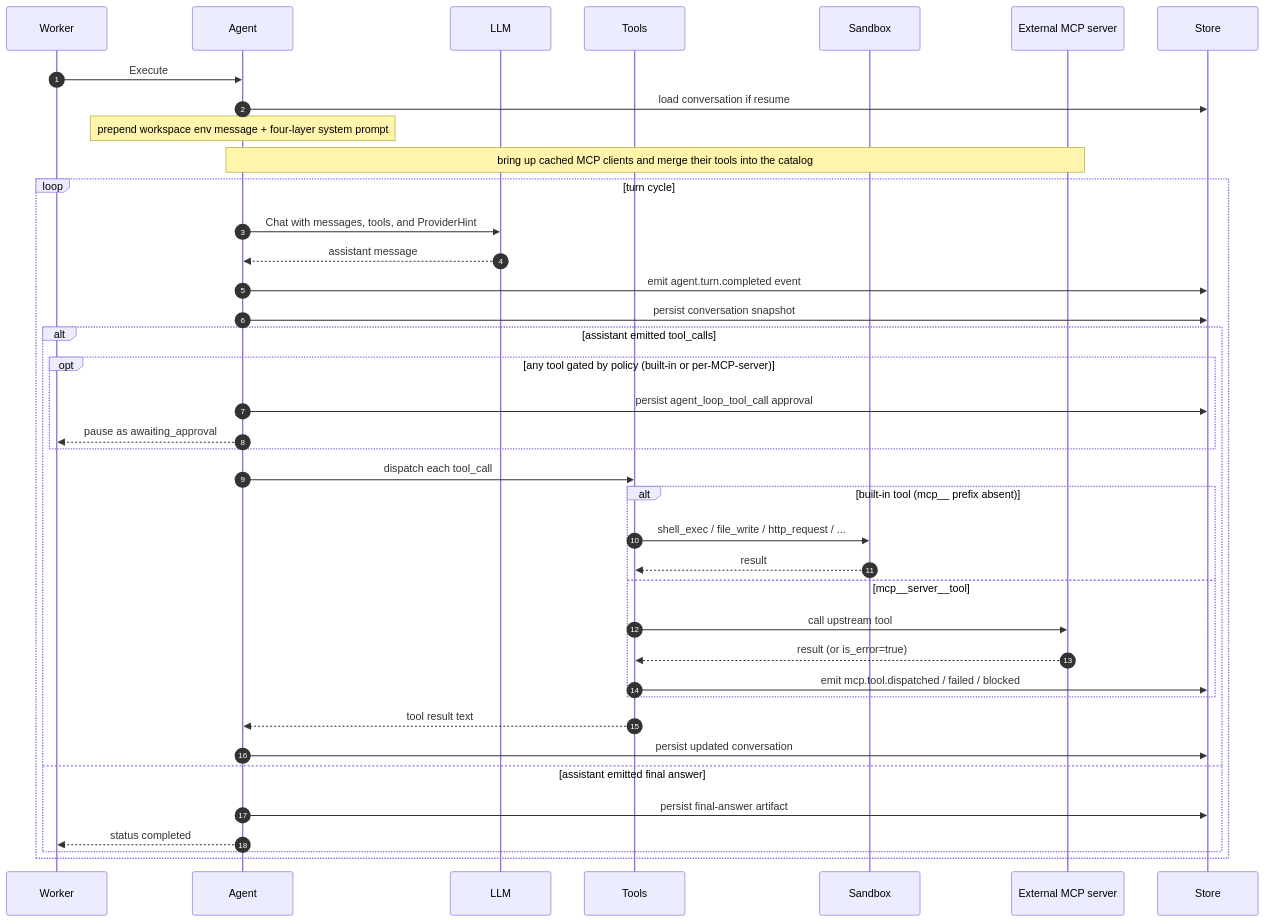
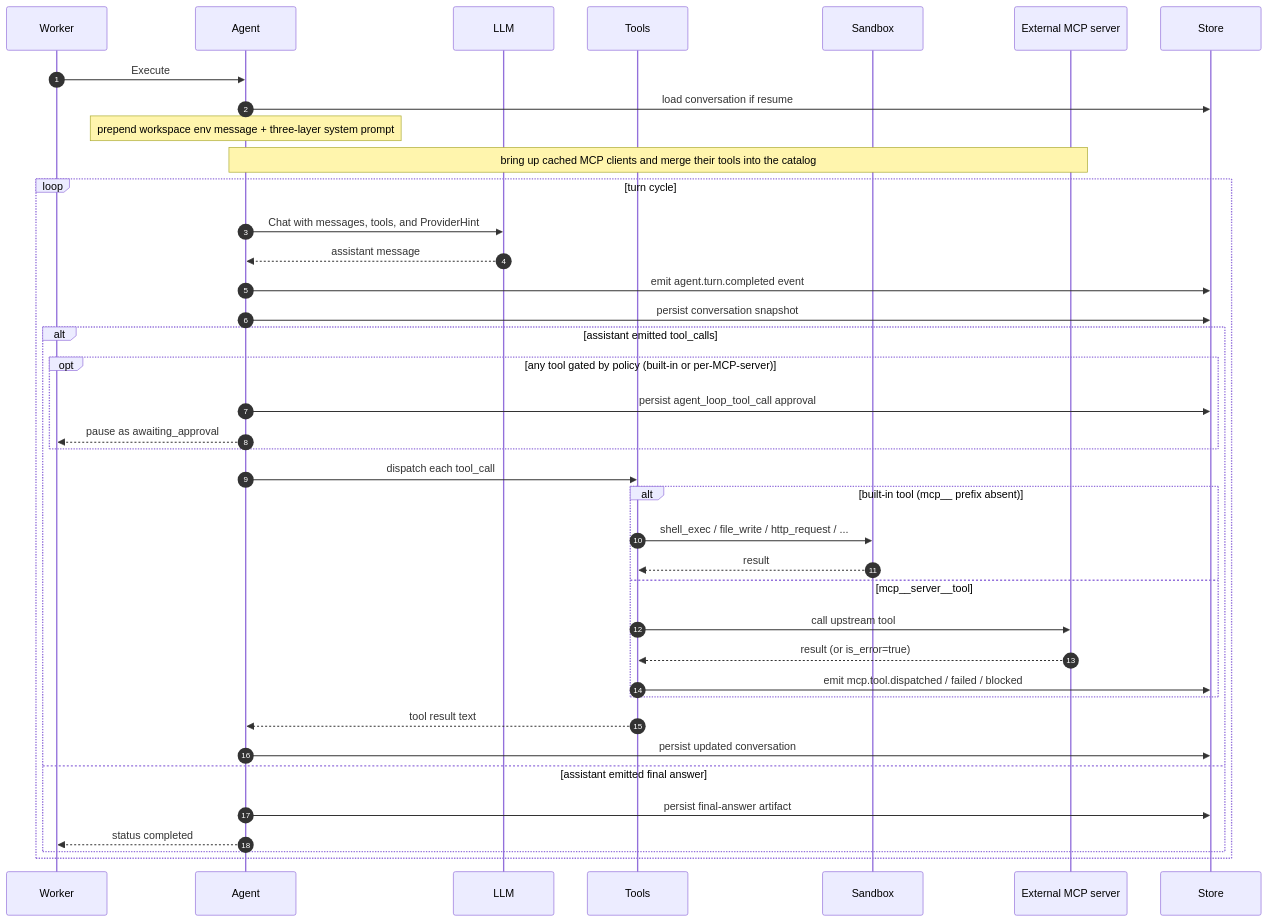
The third of 3 diagrams in docs/architecture.md (hecatehq/hecate), drawn with Mermaid before and after one commit. The commit also changed other lines of this file and 32 other files, not shown here.

````diff
--- a/docs/architecture.md
+++ b/docs/architecture.md
@@ -120,41 +114,41 @@
 ```mermaid
 sequenceDiagram
     autonumber
     participant Worker
     participant Agent
     participant LLM
     participant Tools
     participant Sandbox
     participant MCP as External MCP server
     participant Store
     Worker->>Agent: Execute
     Agent->>Store: load conversation if resume
-    Note over Agent: prepend workspace env message + four-layer system prompt
+    Note over Agent: prepend workspace env message + three-layer system prompt
     Note over Agent,MCP: bring up cached MCP clients and merge their tools into the catalog
     loop turn cycle
         Agent->>LLM: Chat with messages, tools, and ProviderHint
         LLM-->>Agent: assistant message
         Agent->>Store: emit agent.turn.completed event
         Agent->>Store: persist conversation snapshot
         alt assistant emitted tool_calls
             opt any tool gated by policy (built-in or per-MCP-server)
                 Agent->>Store: persist agent_loop_tool_call approval
                 Agent-->>Worker: pause as awaiting_approval
             end
             Agent->>Tools: dispatch each tool_call
             alt built-in tool (mcp__ prefix absent)
                 Tools->>Sandbox: shell_exec / file_write / http_request / ...
                 Sandbox-->>Tools: result
             else mcp__server__tool
                 Tools->>MCP: call upstream tool
                 MCP-->>Tools: result (or is_error=true)
                 Tools->>Store: emit mcp.tool.dispatched / failed / blocked
             end
             Tools-->>Agent: tool result text
             Agent->>Store: persist updated conversation
         else assistant emitted final answer
             Agent->>Store: persist final-answer artifact
             Agent-->>Worker: status completed
         end
     end
 ```
````
